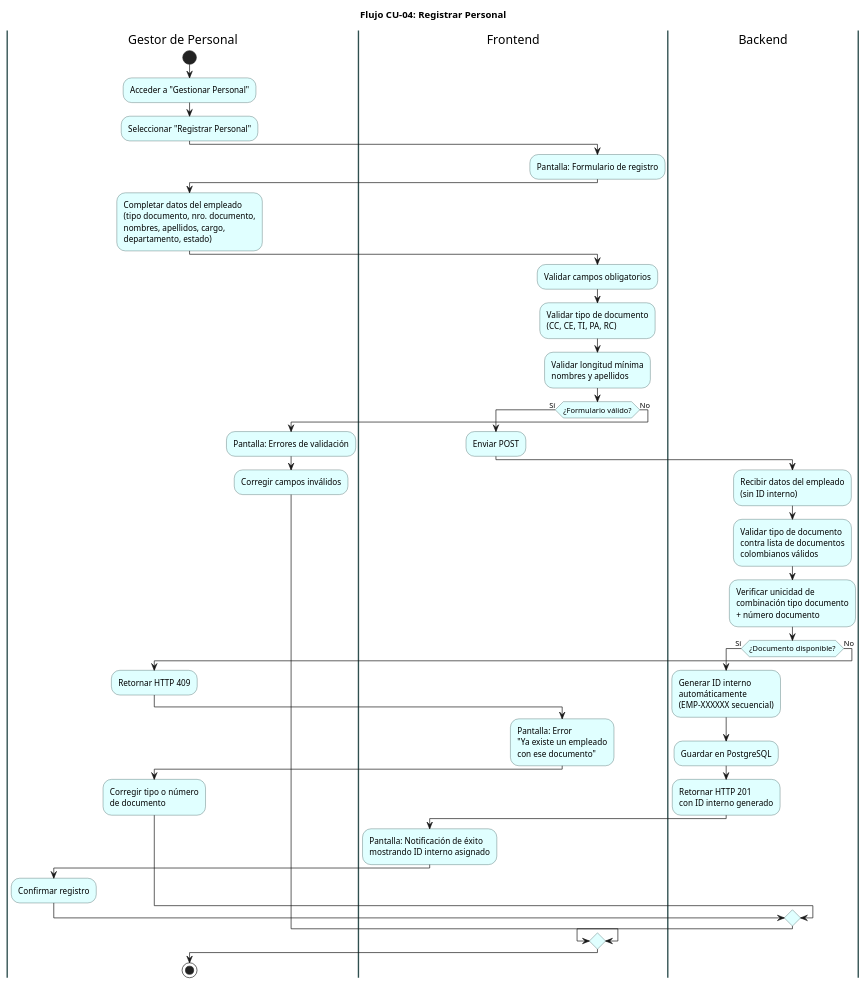
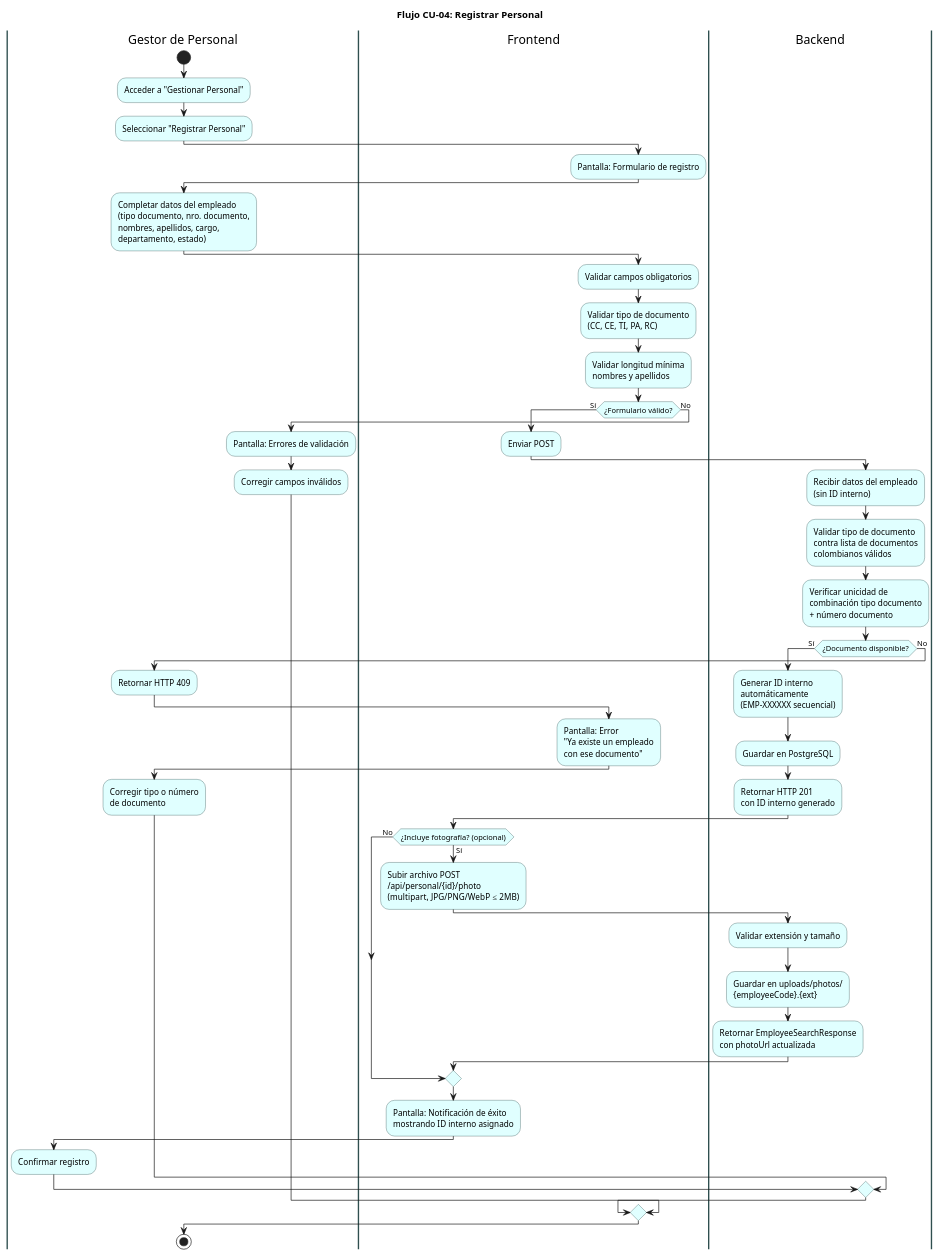
One commit to ElianMMCode/Zone-Control changed the diagram in docs/diagramas/flujo/07_flujo_registrar_personal.puml. Above: the diagram before and after it, drawn with PlantUML. The commit also changed 15 other files, not shown here.

First line of the commit message:
docs: sync implemented/pending state across plan, diagrams and HUs

```diff
--- a/docs/diagramas/flujo/07_flujo_registrar_personal.puml
+++ b/docs/diagramas/flujo/07_flujo_registrar_personal.puml
@@ -1,73 +1,86 @@
 @startuml
 title Flujo CU-04: Registrar Personal
 skinparam activity {
   BackgroundColor LightCyan
   BorderColor DarkSlateGray
 }
 skinparam swimlane {
   BorderColor DarkSlateGray
   BorderThickness 2
 }
 
 |Gestor de Personal|
 start
 :Acceder a "Gestionar Personal";
 
 :Seleccionar "Registrar Personal";
 
 |Frontend|
 :Pantalla: Formulario de registro;
 
 |Gestor de Personal|
 :Completar datos del empleado\n(tipo documento, nro. documento,\nnombres, apellidos, cargo,\ndepartamento, estado);
 
 |Frontend|
 :Validar campos obligatorios;
 
 :Validar tipo de documento\n(CC, CE, TI, PA, RC);
 
 :Validar longitud mínima\nnombres y apellidos;
 
 if (¿Formulario válido?) then (Sí)
   :Enviar POST;
 
   |Backend|
   :Recibir datos del empleado\n(sin ID interno);
 
   :Validar tipo de documento\ncontra lista de documentos\ncolombianos válidos;
 
   :Verificar unicidad de\ncombinación tipo documento\n+ número documento;
 
   if (¿Documento disponible?) then (Sí)
     :Generar ID interno\nautomáticamente\n(EMP-XXXXXX secuencial);
 
     :Guardar en PostgreSQL;
 
     :Retornar HTTP 201\ncon ID interno generado;
 
     |Frontend|
+    if (¿Incluye fotografía? (opcional)) then (Sí)
+      :Subir archivo POST\n/api/personal/{id}/photo\n(multipart, JPG/PNG/WebP ≤ 2MB);
+
+      |Backend|
+      :Validar extensión y tamaño;
+
+      :Guardar en uploads/photos/\n{employeeCode}.{ext};
+
+      :Retornar EmployeeSearchResponse\ncon photoUrl actualizada;
+    else (No)
+    endif
+
+    |Frontend|
     :Pantalla: Notificación de éxito\nmostrando ID interno asignado;
 
     |Gestor de Personal|
     :Confirmar registro;
 
   else (No)
     :Retornar HTTP 409;
 
     |Frontend|
     :Pantalla: Error\n"Ya existe un empleado\ncon ese documento";
 
     |Gestor de Personal|
     :Corregir tipo o número\nde documento;
 
   endif
 else (No)
   :Pantalla: Errores de validación;
 
   |Gestor de Personal|
   :Corregir campos inválidos;
 endif
 
 stop
 
 @enduml
```
